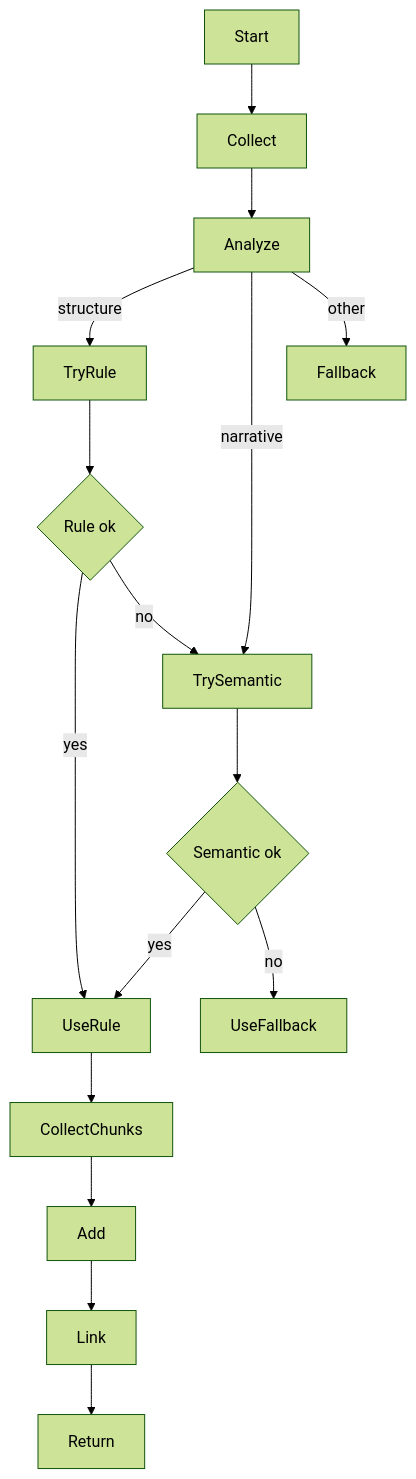
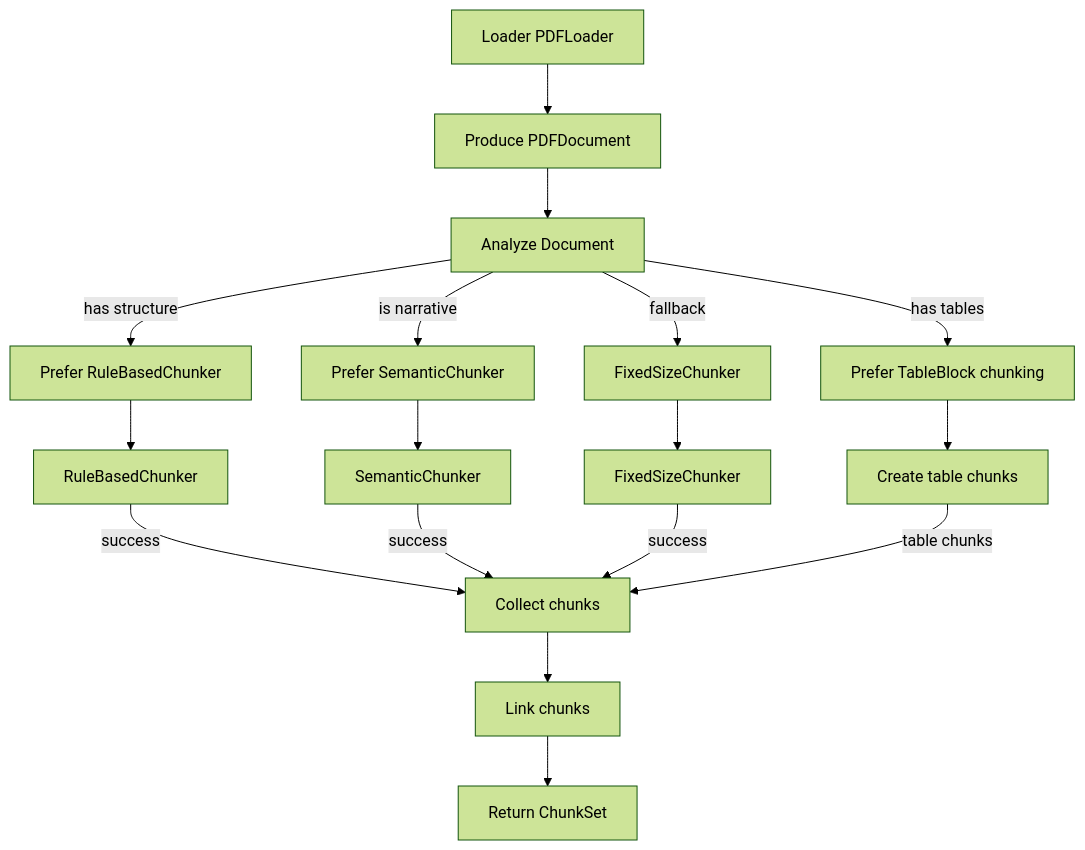
One commit to Flowerf19/RAG changed the second of 2 diagrams in chunkers/README.MD. Above: the diagram before and after it, drawn with Mermaid (forest theme). The commit also changed other lines of this file and 8 other files, not shown here.

````diff
--- a/chunkers/README.MD
+++ b/chunkers/README.MD
@@ -177,21 +356,23 @@
 ```mermaid
 flowchart TD
-  Start --> Collect
-  Collect --> Analyze
-  Analyze -->|structure| TryRule
-  Analyze -->|narrative| TrySemantic
-  Analyze -->|other| Fallback
+   L[Loader PDFLoader] --> D[Produce PDFDocument]
+   D --> A[Analyze Document]
 
-  TryRule --> RuleOK{Rule ok}
-  RuleOK -->|yes| UseRule
-  RuleOK -->|no| TrySemantic
+   A -->|has tables| T[Prefer TableBlock chunking]
+   A -->|has structure| S[Prefer RuleBasedChunker]
+   A -->|is narrative| M[Prefer SemanticChunker]
+   A -->|fallback| F[FixedSizeChunker]
 
-  TrySemantic --> SemanticOK{Semantic ok}
-  SemanticOK -->|yes| UseRule
-  SemanticOK -->|no| UseFallback
+   T --> CT[Create table chunks]
+   S --> RS[RuleBasedChunker]
+   M --> SM[SemanticChunker]
+   F --> FS[FixedSizeChunker]
 
-  UseRule --> CollectChunks
-  CollectChunks --> Add
-  Add --> Link
-  Link --> Return
+   RS -->|success| ROK[Collect chunks]
+   SM -->|success| ROK
+   FS -->|success| ROK
+   CT -->|table chunks| ROK
+
+   ROK --> LINK[Link chunks]
+   LINK --> PIPE[Return ChunkSet]
 ```
````
